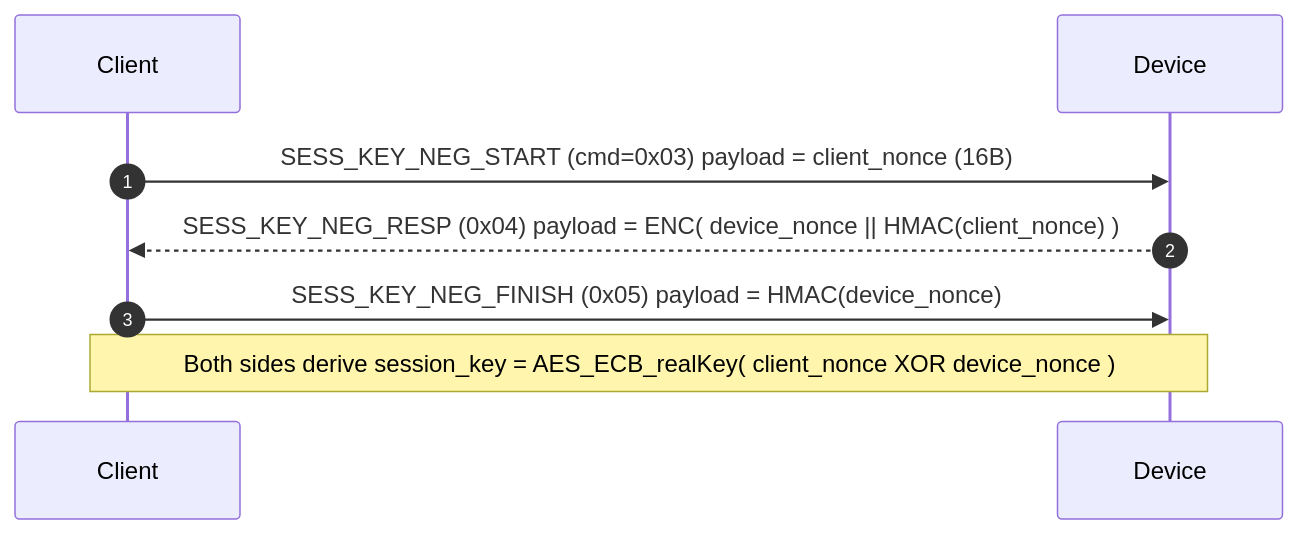
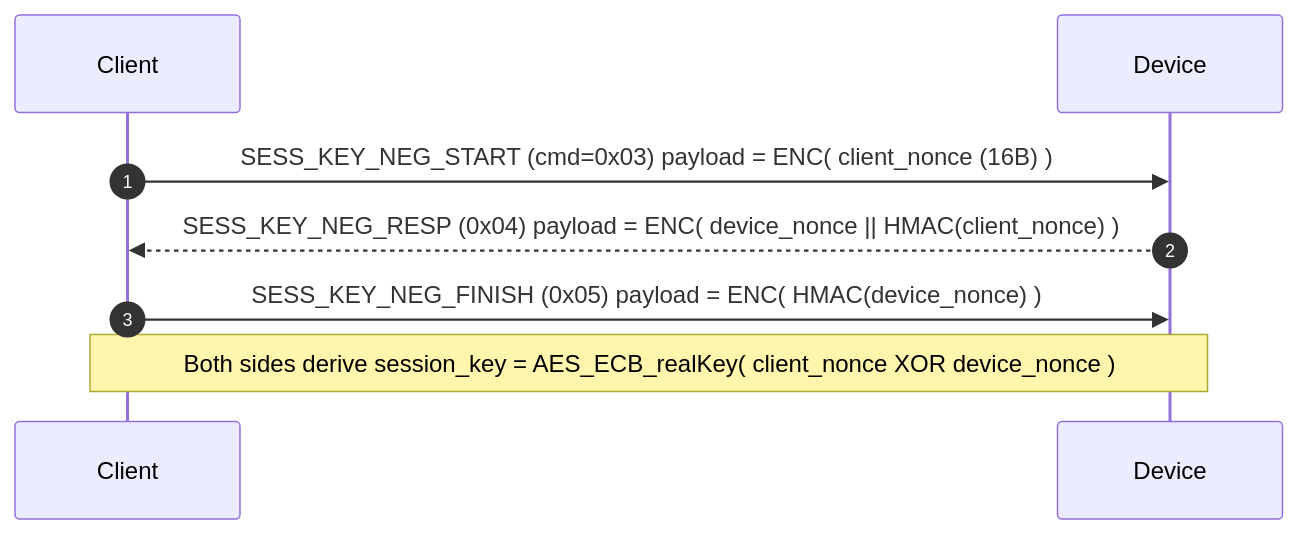
Before and after one commit to jasonacox/tinytuya: the first of 3 diagrams in PROTOCOL.md, drawn with Mermaid. The commit also changed other lines of this file and 3 other files, not shown here.

````diff
--- a/PROTOCOL.md
+++ b/PROTOCOL.md
@@ -282,10 +288,10 @@
 ```mermaid
 sequenceDiagram
     autonumber
     participant C as Client
     participant D as Device
-    C->>D: SESS_KEY_NEG_START (cmd=0x03) payload = client_nonce (16B)
+    C->>D: SESS_KEY_NEG_START (cmd=0x03) payload = ENC( client_nonce (16B) )
     D-->>C: SESS_KEY_NEG_RESP (0x04) payload = ENC( device_nonce || HMAC(client_nonce) )
-    C->>D: SESS_KEY_NEG_FINISH (0x05) payload = HMAC(device_nonce)
+    C->>D: SESS_KEY_NEG_FINISH (0x05) payload = ENC( HMAC(device_nonce) )
     Note over C,D: Both sides derive session_key = AES_ECB_realKey( client_nonce XOR device_nonce )
 ```
````
